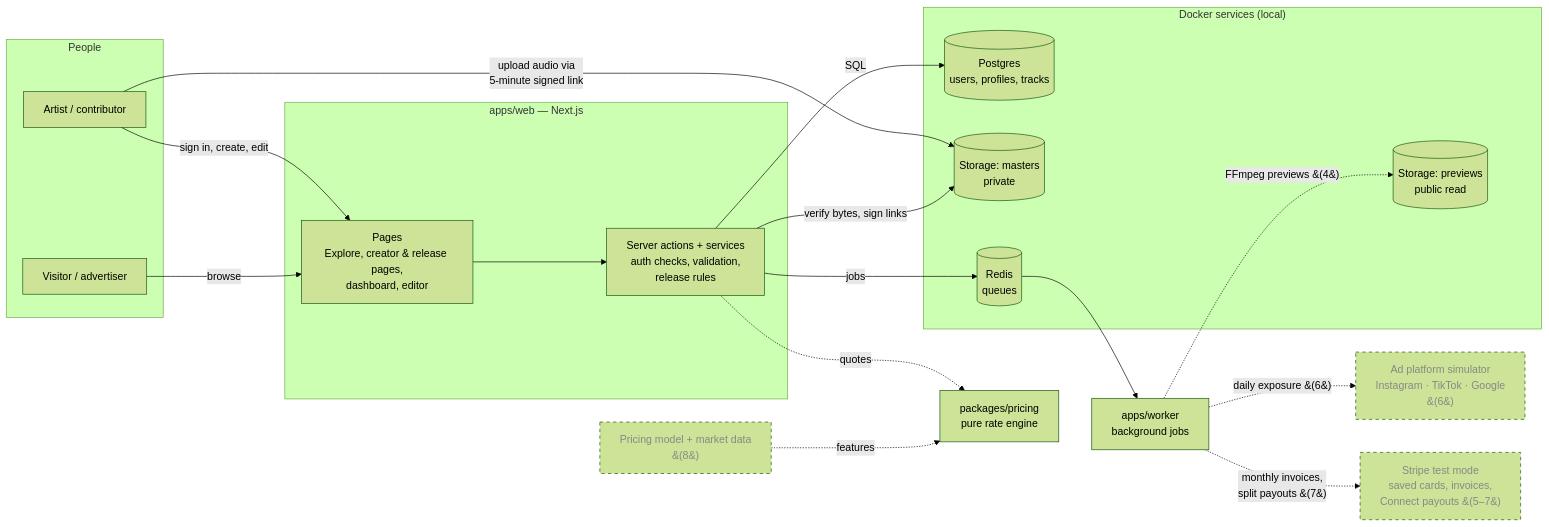
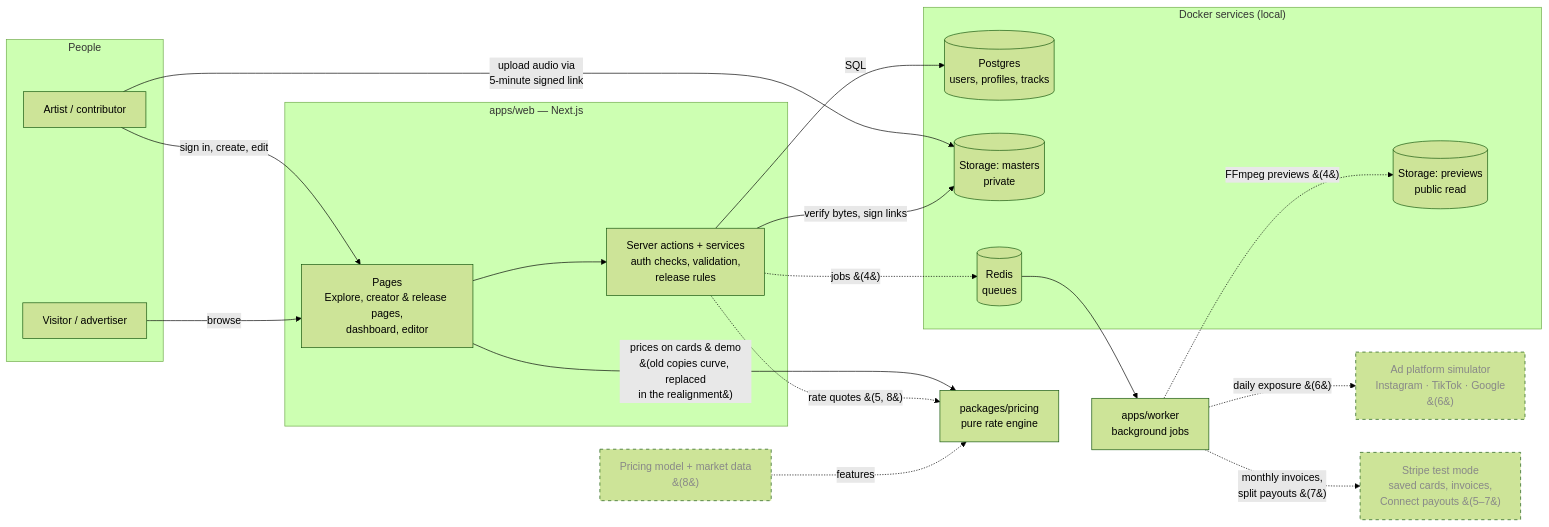
The diagram in docs/ARCHITECTURE.md (dorsta123/ferrel-forge), drawn with Mermaid (forest theme) before and after one commit. The commit also changed other lines of this file and 3 other files, not shown here.

First line of the commit message:
Fix CI readiness checks and diagram after code review

````diff
--- a/docs/ARCHITECTURE.md
+++ b/docs/ARCHITECTURE.md
@@ -5,42 +5,43 @@
 ```mermaid
 flowchart LR
   subgraph People
     A[Artist / contributor]
     V[Visitor / advertiser]
   end
 
   subgraph Web["apps/web — Next.js"]
     P[Pages<br/>Explore, creator & release pages,<br/>dashboard, editor]
     SA[Server actions + services<br/>auth checks, validation,<br/>release rules]
   end
 
   subgraph Data["Docker services (local)"]
     PG[(Postgres<br/>users, profiles, tracks)]
     S3M[(Storage: masters<br/>private)]
     S3P[(Storage: previews<br/>public read)]
     R[(Redis<br/>queues)]
   end
 
   W[apps/worker<br/>background jobs]
   PR[packages/pricing<br/>pure rate engine]
 
   SIM[Ad platform simulator<br/>Instagram · TikTok · Google<br/>&#40;6&#41;]:::planned
   ST[Stripe test mode<br/>saved cards, invoices,<br/>Connect payouts &#40;5–7&#41;]:::planned
   ML[Pricing model + market data<br/>&#40;8&#41;]:::planned
 
   A -- sign in, create, edit --> P
   V -- browse --> P
   P --> SA
   SA -- SQL --> PG
   A -- upload audio via<br/>5-minute signed link --> S3M
   SA -- verify bytes, sign links --> S3M
-  SA -- jobs --> R
+  SA -. jobs &#40;4&#41; .-> R
   R --> W
   W -. FFmpeg previews &#40;4&#41; .-> S3P
   W -. daily exposure &#40;6&#41; .-> SIM
   W -. monthly invoices,<br/>split payouts &#40;7&#41; .-> ST
-  SA -. quotes .-> PR
+  P -- prices on cards & demo<br/>&#40;old copies curve, replaced<br/>in the realignment&#41; --> PR
+  SA -. rate quotes &#40;5, 8&#41; .-> PR
   ML -. features .-> PR
 
   classDef planned stroke-dasharray: 5 5,color:#888
 ```
````
